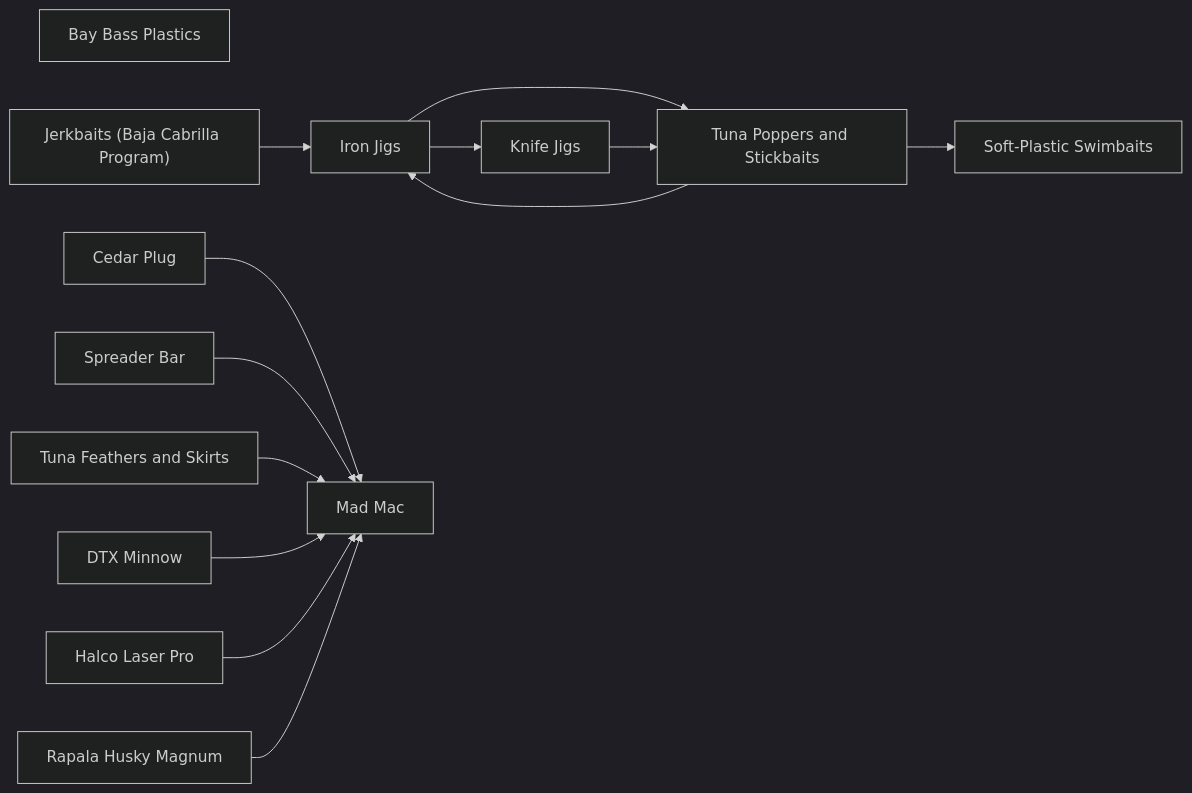
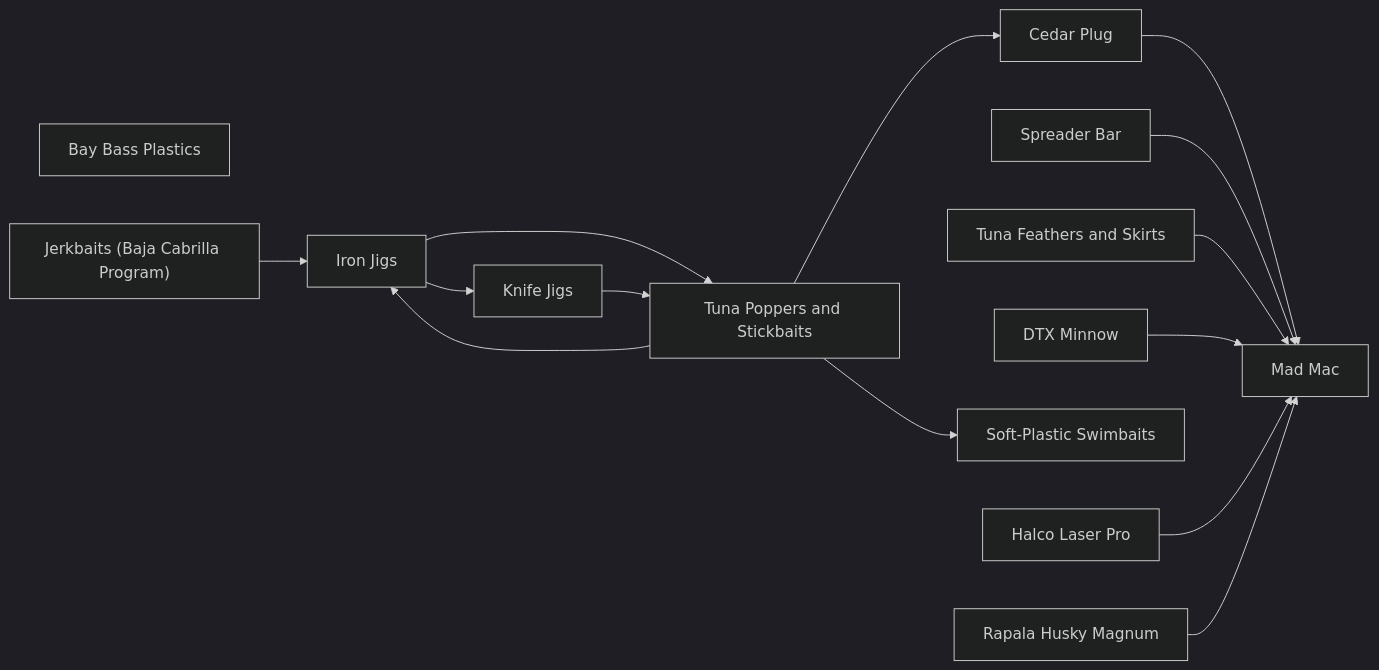
Before and after one commit to camchuckpete-max/Socal-Fishing-Knowledge: the diagram in lures/README.md, drawn with Mermaid (dark theme). The commit also changed 5 other files, not shown here.

````diff
--- a/lures/README.md
+++ b/lures/README.md
@@ -26,28 +26,29 @@
 ```mermaid
 graph LR
   n0["Bay Bass Plastics"]
   n1["Cedar Plug"]
   n2["DTX Minnow"]
   n3["Halco Laser Pro"]
   n4["Iron Jigs"]
   n5["Jerkbaits (Baja Cabrilla Program)"]
   n6["Knife Jigs"]
   n7["Mad Mac"]
   n8["Rapala Husky Magnum"]
   n9["Soft-Plastic Swimbaits"]
   n10["Spreader Bar"]
   n11["Tuna Feathers and Skirts"]
   n12["Tuna Poppers and Stickbaits"]
   n1 --> n7
   n10 --> n7
   n11 --> n7
+  n12 --> n1
   n12 --> n4
   n12 --> n9
   n2 --> n7
   n3 --> n7
   n4 --> n12
   n4 --> n6
   n5 --> n4
   n6 --> n12
   n8 --> n7
 ```
````
